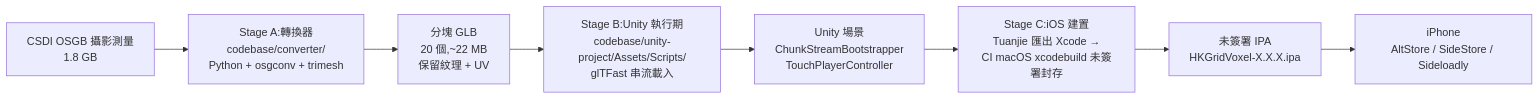
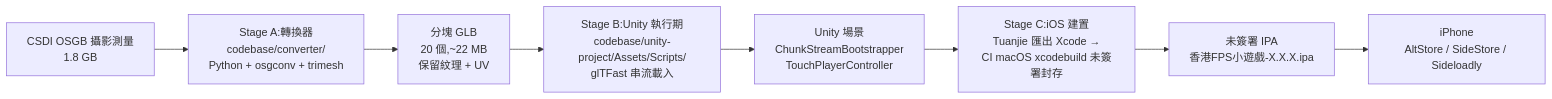
The first of 2 diagrams in README.md (Mcc-Mak/ios-app), drawn with Mermaid before and after one commit. The commit also changed 10 other files, not shown here.

````diff
--- a/README.md
+++ b/README.md
@@ -28,10 +28,10 @@
 ```mermaid
 flowchart LR
   osgb["CSDI OSGB 攝影測量<br/>1.8 GB"] --> A["Stage A:轉換器<br/>codebase/converter/<br/>Python + osgconv + trimesh"]
   A --> glb["分塊 GLB<br/>20 個,~22 MB<br/>保留紋理 + UV"]
   glb --> B["Stage B:Unity 執行期<br/>codebase/unity-project/Assets/Scripts/<br/>glTFast 串流載入"]
   B --> scene["Unity 場景<br/>ChunkStreamBootstrapper<br/>TouchPlayerController"]
   scene --> C["Stage C:iOS 建置<br/>Tuanjie 匯出 Xcode →<br/>CI macOS xcodebuild 未簽署封存"]
-  C --> ipa["未簽署 IPA<br/>HKGridVoxel-X.X.X.ipa"]
+  C --> ipa["未簽署 IPA<br/>香港FPS小遊戲-X.X.X.ipa"]
   ipa --> user["iPhone<br/>AltStore / SideStore / Sideloadly"]
 ```
````
